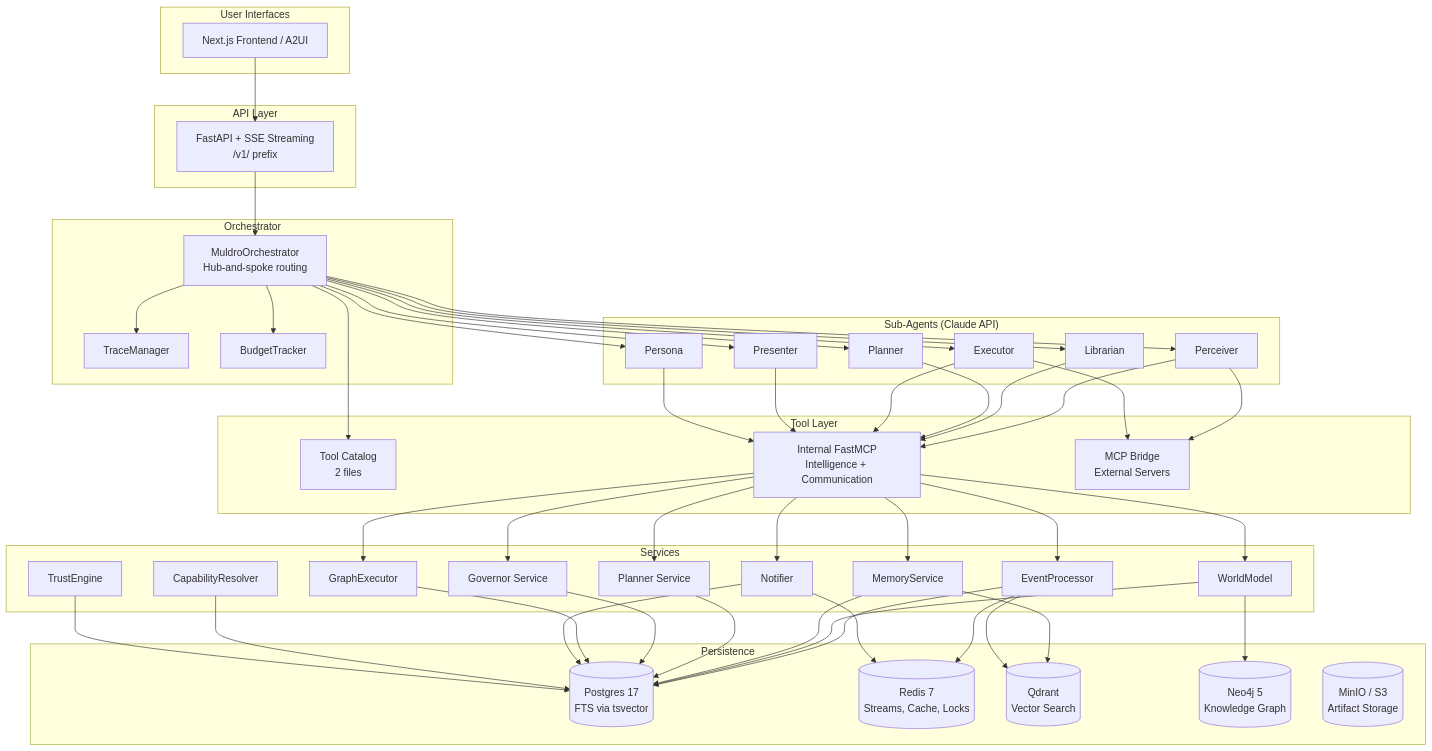
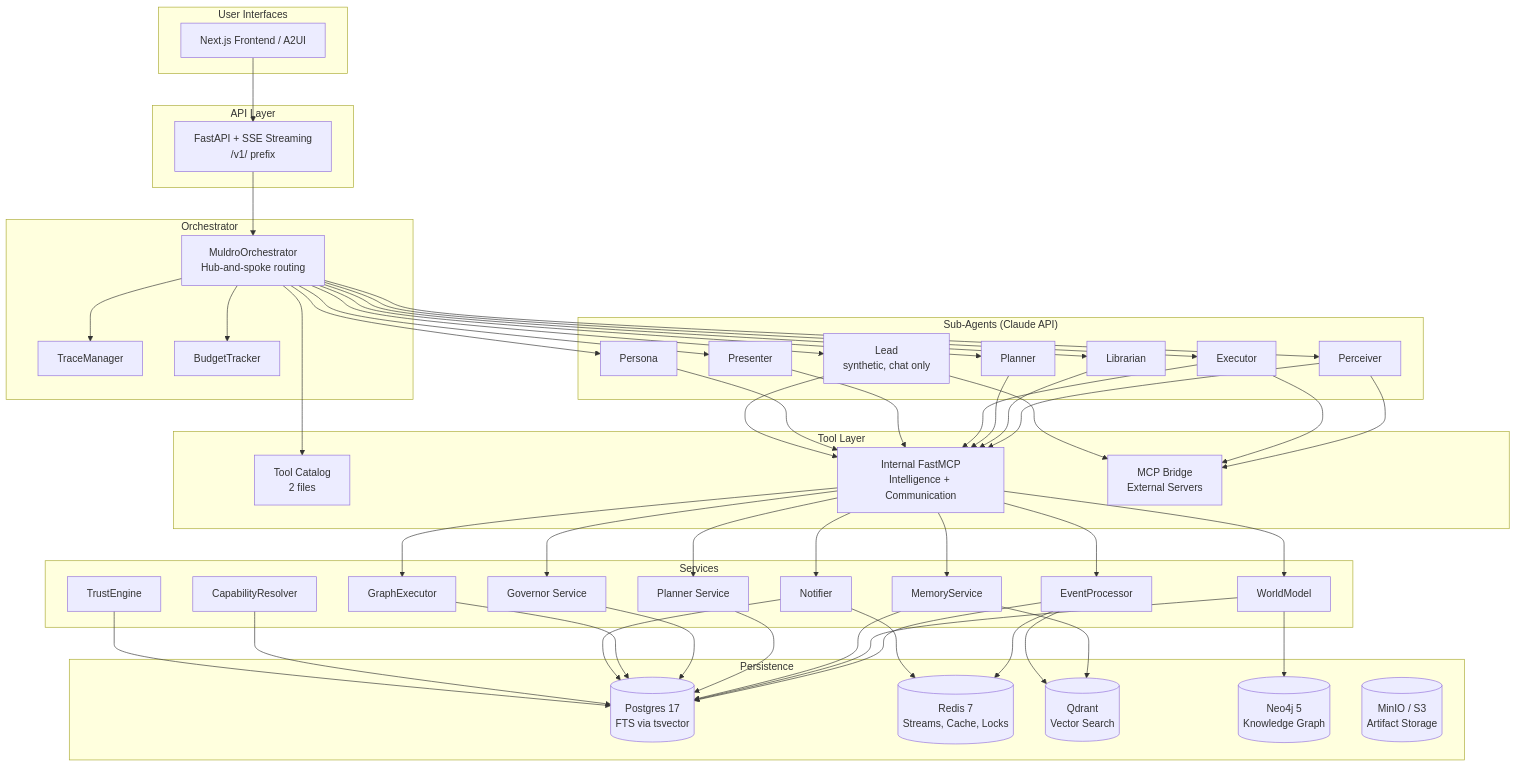
One commit to shivadharmi/muldro changed the first of 3 diagrams in docs/architecture/overview.md. Above: the diagram before and after it, drawn with Mermaid. The commit also changed other lines of this file and 13 other files, not shown here.

````diff
--- a/docs/architecture/overview.md
+++ b/docs/architecture/overview.md
@@ -15,65 +15,66 @@
 ```mermaid
 graph TB
     subgraph "User Interfaces"
         WEB[Next.js Frontend / A2UI]
     end
 
     subgraph "API Layer"
         API[FastAPI + SSE Streaming<br/>/v1/ prefix]
     end
 
     subgraph "Orchestrator"
         ORCH[MuldroOrchestrator<br/>Hub-and-spoke routing]
         TRACE[TraceManager]
         BUDGET[BudgetTracker]
     end
 
     subgraph "Sub-Agents (Claude API)"
         PCV[Perceiver]
         LIB[Librarian]
         PLN[Planner]
         EXE[Executor]
         PRS[Presenter]
         PER[Persona]
+        LEAD[Lead<br/>synthetic, chat only]
     end
 
     subgraph "Tool Layer"
         CAT[Tool Catalog<br/>2 files]
         INT[Internal FastMCP<br/>Intelligence + Communication]
         MCP[MCP Bridge<br/>External Servers]
     end
 
     subgraph "Services"
         EP[EventProcessor]
         WM[WorldModel]
         MS[MemoryService]
         PL[Planner Service]
         GV[Governor Service]
         GE[GraphExecutor]
         NT[Notifier]
         CR[CapabilityResolver]
         TE[TrustEngine]
     end
 
     subgraph "Persistence"
         PG[(Postgres 17<br/>FTS via tsvector)]
         RD[(Redis 7<br/>Streams, Cache, Locks)]
         QD[(Qdrant<br/>Vector Search)]
         N4J[(Neo4j 5<br/>Knowledge Graph)]
         S3[(MinIO / S3<br/>Artifact Storage)]
     end
 
     WEB --> API
     API --> ORCH
-    ORCH --> PCV & LIB & PLN & EXE & PRS & PER
+    ORCH --> PCV & LIB & PLN & EXE & PRS & PER & LEAD
     ORCH --> TRACE & BUDGET
-    PCV & LIB & PLN & EXE & PRS & PER --> INT
-    PCV & EXE --> MCP
+    PCV & LIB & PLN & EXE & PRS & PER & LEAD --> INT
+    PCV & EXE & LEAD --> MCP
     INT --> EP & WM & MS & PL & GV & GE & NT
     ORCH --> CAT
     EP & WM & MS & PL & GV & GE & NT & CR & TE --> PG
     EP & NT --> RD
     WM --> N4J
     MS --> QD
     EP --> QD
 ```
````
